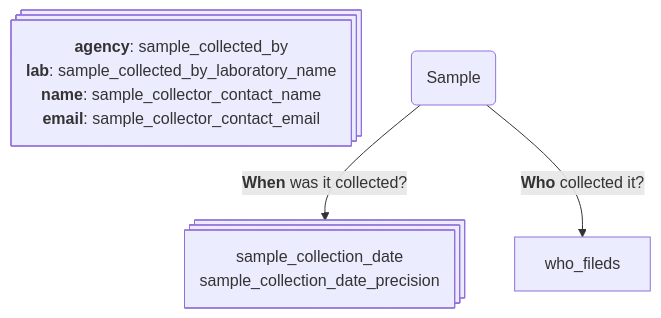
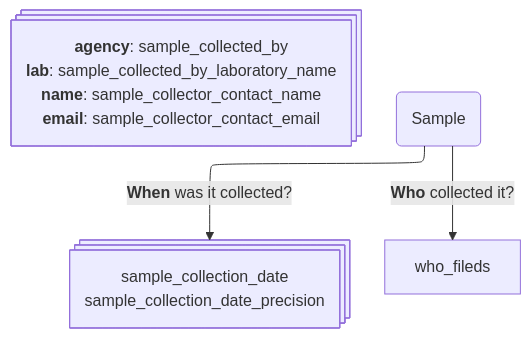
One commit to grdi-amr/docs-and-SOPs changed the second of 2 diagrams in metadata_standards_sop.md. Above: the diagram before and after it, drawn with Mermaid.

Commit message:
test the config fontmatter

````diff
--- a/metadata_standards_sop.md
+++ b/metadata_standards_sop.md
@@ -208,18 +208,21 @@
 ```mermaid
 ---
 config:
     markdownAutoWrap: false
+    flowchart:
+      wrappingWidth: 1000
+      defaultRenderer: elk
 ---
 graph TD
 
 time_fields@{shape: procs, label: "sample_collection_date
                                    sample_collection_date_precision"}
 who_fields@{shape: procs, label: "**agency**: sample_collected_by
                                   **lab**: sample_collected_by_laboratory_name
                                   **name**: sample_collector_contact_name
                                   **email**: sample_collector_contact_email"}
 
 sam("Sample") --> |"`**When** was it collected?`"| time_fields
 sam("Sample") --> |"`**Who** collected it?`"     | who_fileds
 
 ```
````
